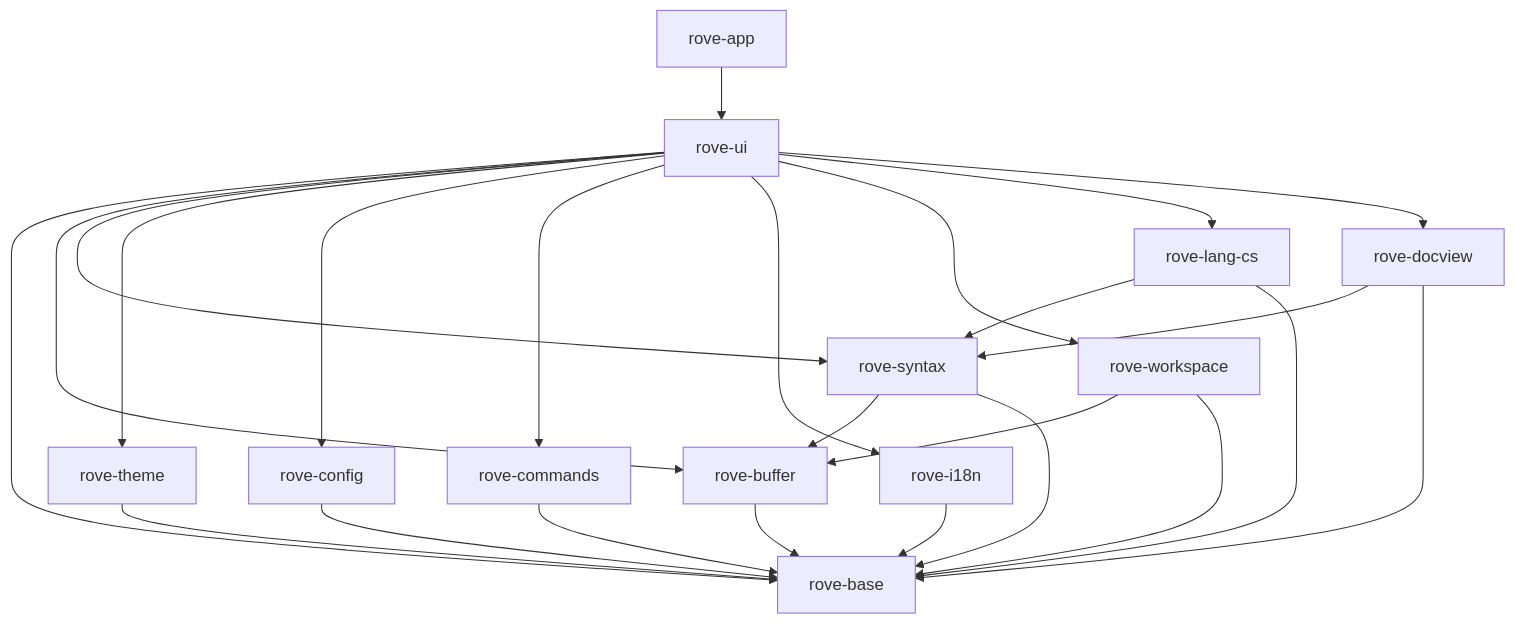
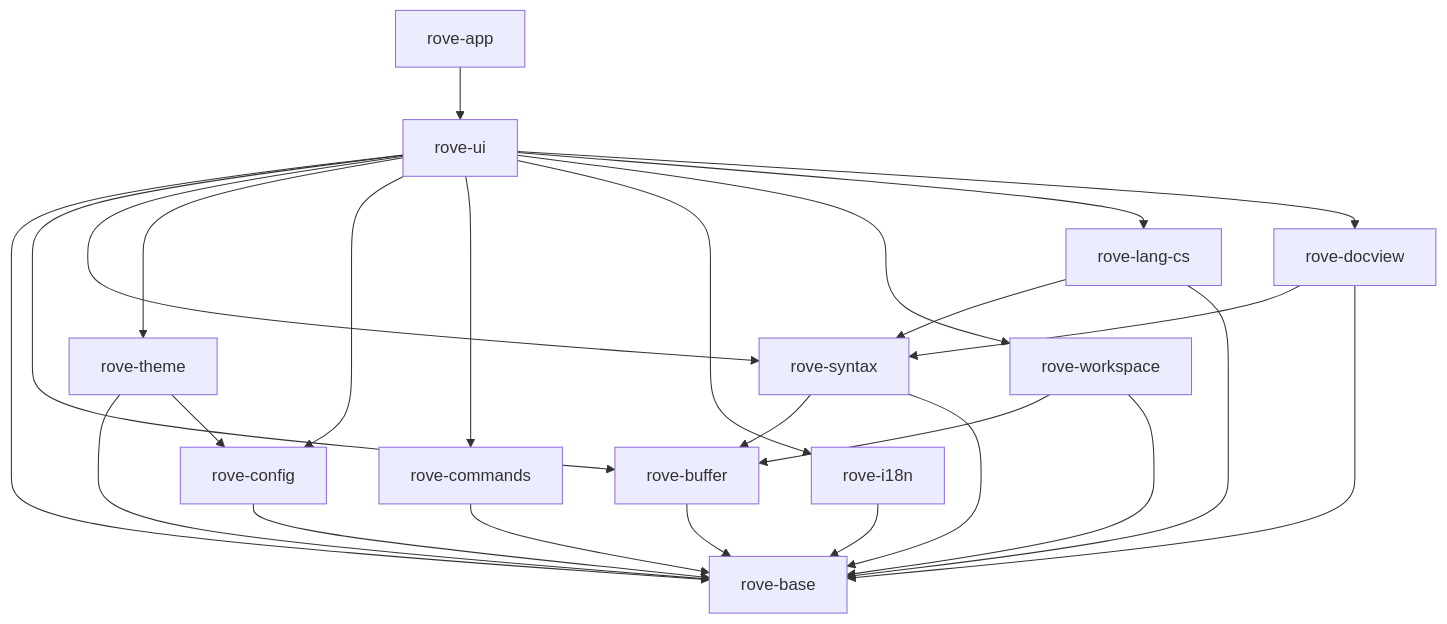
Before and after one commit to Zhao-wl/Rove: the diagram in docs/ARCHITECTURE.md, drawn with Mermaid. The commit also changed other lines of this file and 29 other files, not shown here.

````diff
--- a/docs/ARCHITECTURE.md
+++ b/docs/ARCHITECTURE.md
@@ -16,27 +16,28 @@
 ```mermaid
 flowchart TD
  app[rove-app] --> ui[rove-ui]
  ui --> base[rove-base]
  ui --> buffer[rove-buffer]
  ui --> syntax[rove-syntax]
  ui --> theme[rove-theme]
  ui --> config[rove-config]
  ui --> commands[rove-commands]
  ui --> i18n[rove-i18n]
  ui --> workspace[rove-workspace]
  ui --> cs[rove-lang-cs]
  ui --> docview[rove-docview]
  buffer --> base
  syntax --> buffer
  syntax --> base
  theme --> base
+ theme --> config
  config --> base
  commands --> base
  i18n --> base
  workspace --> buffer
  workspace --> base
  cs --> syntax
  cs --> base
  docview --> syntax
  docview --> base
 ```
````
